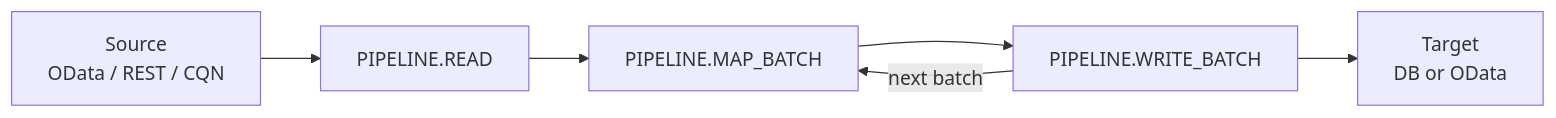
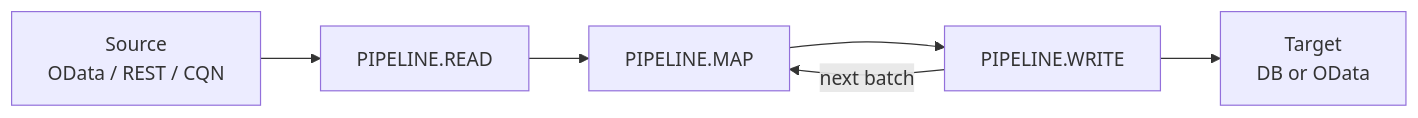
The diagram in docs/pipeline/guide/introduction.md (mikezaschka/cds-data), drawn with Mermaid before and after one commit. The commit also changed 42 other files, not shown here.

First line of the commit message:
refactor(pipeline): name lifecycle events PIPELINE.MAP and PIPELINE.WRITE

````diff
--- a/docs/pipeline/guide/introduction.md
+++ b/docs/pipeline/guide/introduction.md
@@ -13,11 +13,11 @@
 ```mermaid
 flowchart LR
     SRC["Source<br/>OData / REST / CQN"]
     READ["PIPELINE.READ"]
-    MAP["PIPELINE.MAP_BATCH"]
-    WRITE["PIPELINE.WRITE_BATCH"]
+    MAP["PIPELINE.MAP"]
+    WRITE["PIPELINE.WRITE"]
     TGT["Target<br/>DB or OData"]
     SRC --> READ --> MAP --> WRITE
     WRITE -->|"next batch"| MAP
     WRITE --> TGT
 ```
````
